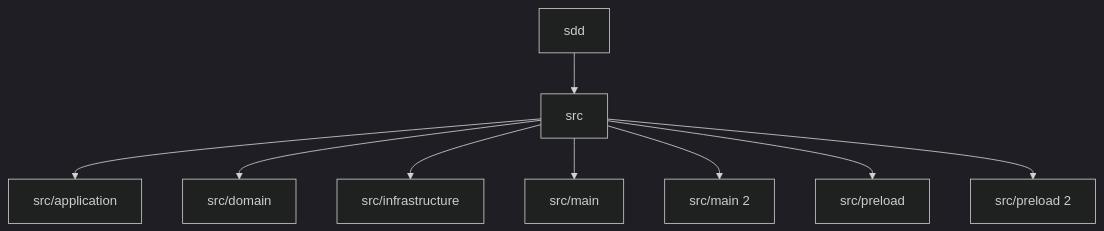
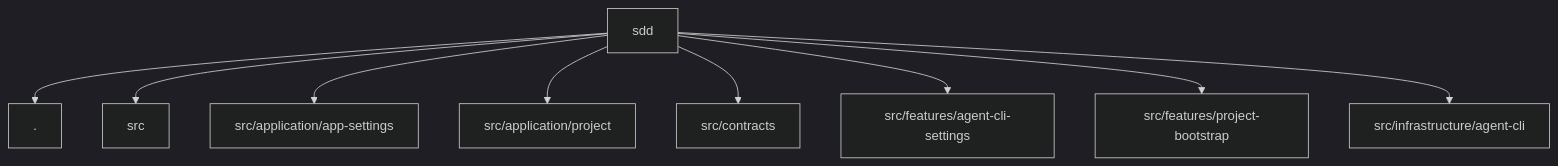
The diagram in .sdd/analysis/structure.md (723poil/sdd), drawn with Mermaid (dark theme) before and after one commit. The commit also changed other lines of this file and 166 other files, not shown here.

````diff
--- a/.sdd/analysis/structure.md
+++ b/.sdd/analysis/structure.md
@@ -7,12 +7,12 @@
 ```mermaid
 flowchart TB
   project["sdd"]
-  project --> root0["src"]
-  root0 --> child1["src/application"]
-  root0 --> child2["src/domain"]
-  root0 --> child3["src/infrastructure"]
-  root0 --> child4["src/main"]
-  root0 --> child5["src/main 2"]
-  root0 --> child6["src/preload"]
-  root0 --> child7["src/preload 2"]
+  project --> node0["."]
+  project --> node1["src"]
+  project --> node2["src/application/app-settings"]
+  project --> node3["src/application/project"]
+  project --> node4["src/contracts"]
+  project --> node5["src/features/agent-cli-settings"]
+  project --> node6["src/features/project-bootstrap"]
+  project --> node7["src/infrastructure/agent-cli"]
 ```
````
